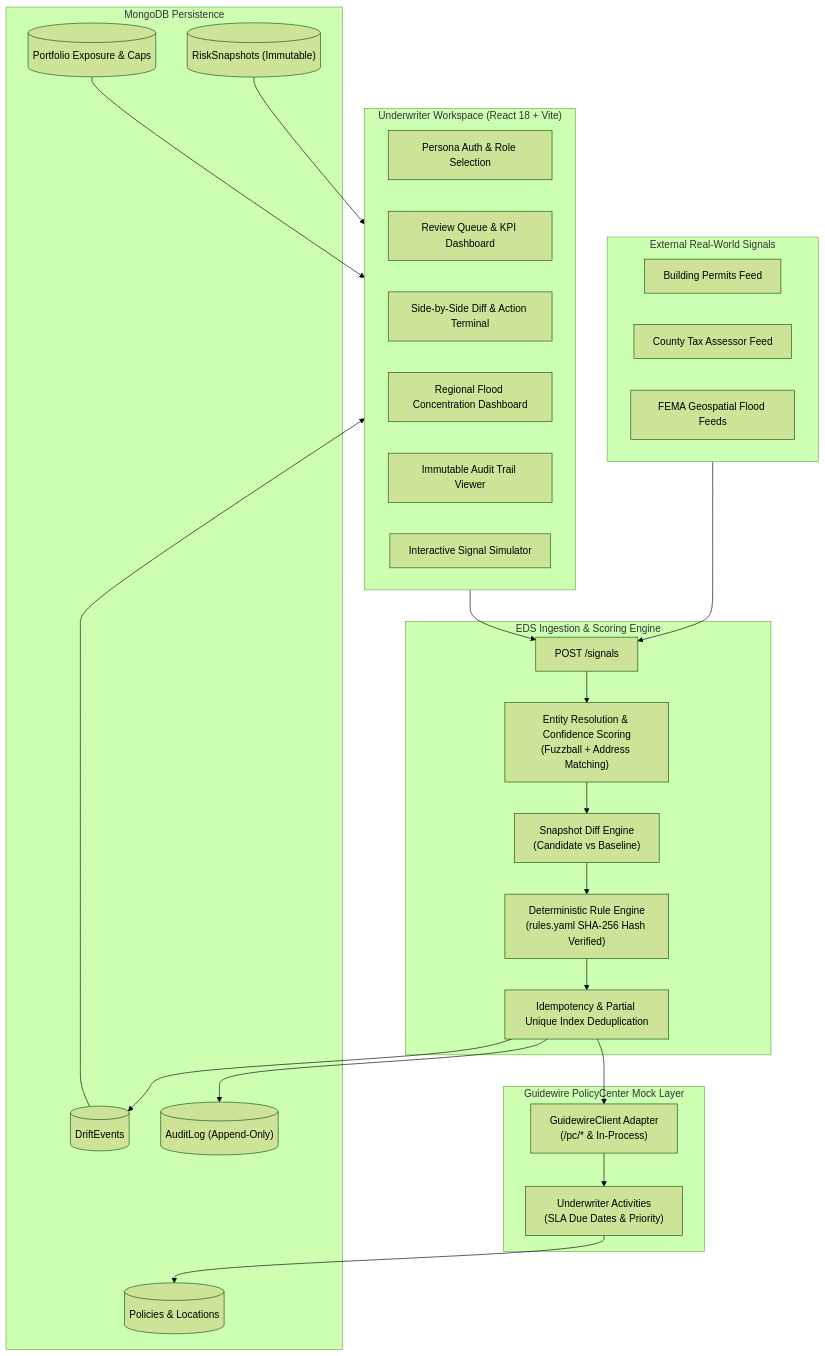
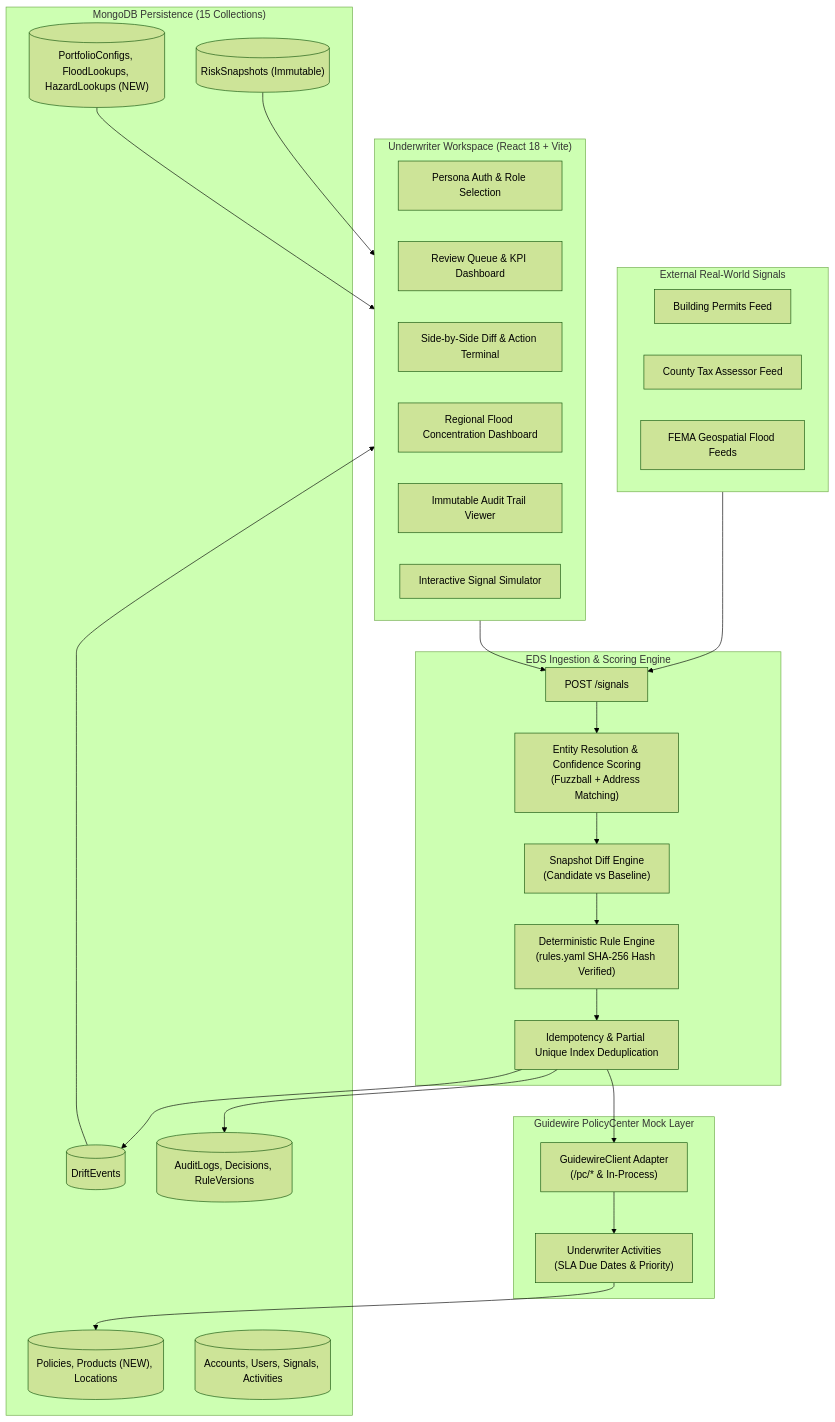
One commit to ArpitSingh4010/Exposure-Drift-Sentinal changed the diagram in README.md. Above: the diagram before and after it, drawn with Mermaid (forest theme). The commit also changed other lines of this file and 51 other files, not shown here.

````diff
--- a/README.md
+++ b/README.md
@@ -32,53 +32,54 @@
 ```mermaid
 flowchart TD
     subgraph External["External Real-World Signals"]
         S1["Building Permits Feed"]
         S2["County Tax Assessor Feed"]
         S3["FEMA Geospatial Flood Feeds"]
     end
 
     subgraph Ingestion["EDS Ingestion & Scoring Engine"]
         API["POST /signals"]
         ER["Entity Resolution & Confidence Scoring<br/>(Fuzzball + Address Matching)"]
         DIFF["Snapshot Diff Engine<br/>(Candidate vs Baseline)"]
         RULES["Deterministic Rule Engine<br/>(rules.yaml SHA-256 Hash Verified)"]
         DEDUPE["Idempotency & Partial Unique Index Deduplication"]
     end
 
-    subgraph Storage["MongoDB Persistence"]
+    subgraph Storage["MongoDB Persistence (15 Collections)"]
         DB_EVENTS[("DriftEvents")]
-        DB_POLICIES[("Policies & Locations")]
+        DB_POLICIES[("Policies, Products (NEW), Locations")]
         DB_SNAPSHOTS[("RiskSnapshots (Immutable)")]
-        DB_AUDIT[("AuditLog (Append-Only)")]
-        DB_PORTFOLIO[("Portfolio Exposure & Caps")]
+        DB_AUDIT[("AuditLogs, Decisions, RuleVersions")]
+        DB_PORTFOLIO[("PortfolioConfigs, FloodLookups, HazardLookups (NEW)")]
+        DB_CORE[("Accounts, Users, Signals, Activities")]
     end
 
     subgraph GW["Guidewire PolicyCenter Mock Layer"]
         GW_CLIENT["GuidewireClient Adapter<br/>(/pc/* & In-Process)"]
         ACTIVITIES["Underwriter Activities<br/>(SLA Due Dates & Priority)"]
     end
 
     subgraph UI["Underwriter Workspace (React 18 + Vite)"]
         LOGIN["Persona Auth & Role Selection"]
         QUEUE["Review Queue & KPI Dashboard"]
         DETAIL["Side-by-Side Diff & Action Terminal"]
         PORTFOLIO_DASH["Regional Flood Concentration Dashboard"]
         AUDIT_STREAM["Immutable Audit Trail Viewer"]
         SIM["Interactive Signal Simulator"]
     end
 
     External --> API
     API --> ER
     ER --> DIFF
     DIFF --> RULES
     RULES --> DEDUPE
     DEDUPE --> DB_EVENTS
     DEDUPE --> DB_AUDIT
     DEDUPE --> GW_CLIENT
     GW_CLIENT --> ACTIVITIES
     ACTIVITIES --> DB_POLICIES
     UI --> API
     DB_EVENTS --> UI
     DB_SNAPSHOTS --> UI
     DB_PORTFOLIO --> UI
 ```
````
